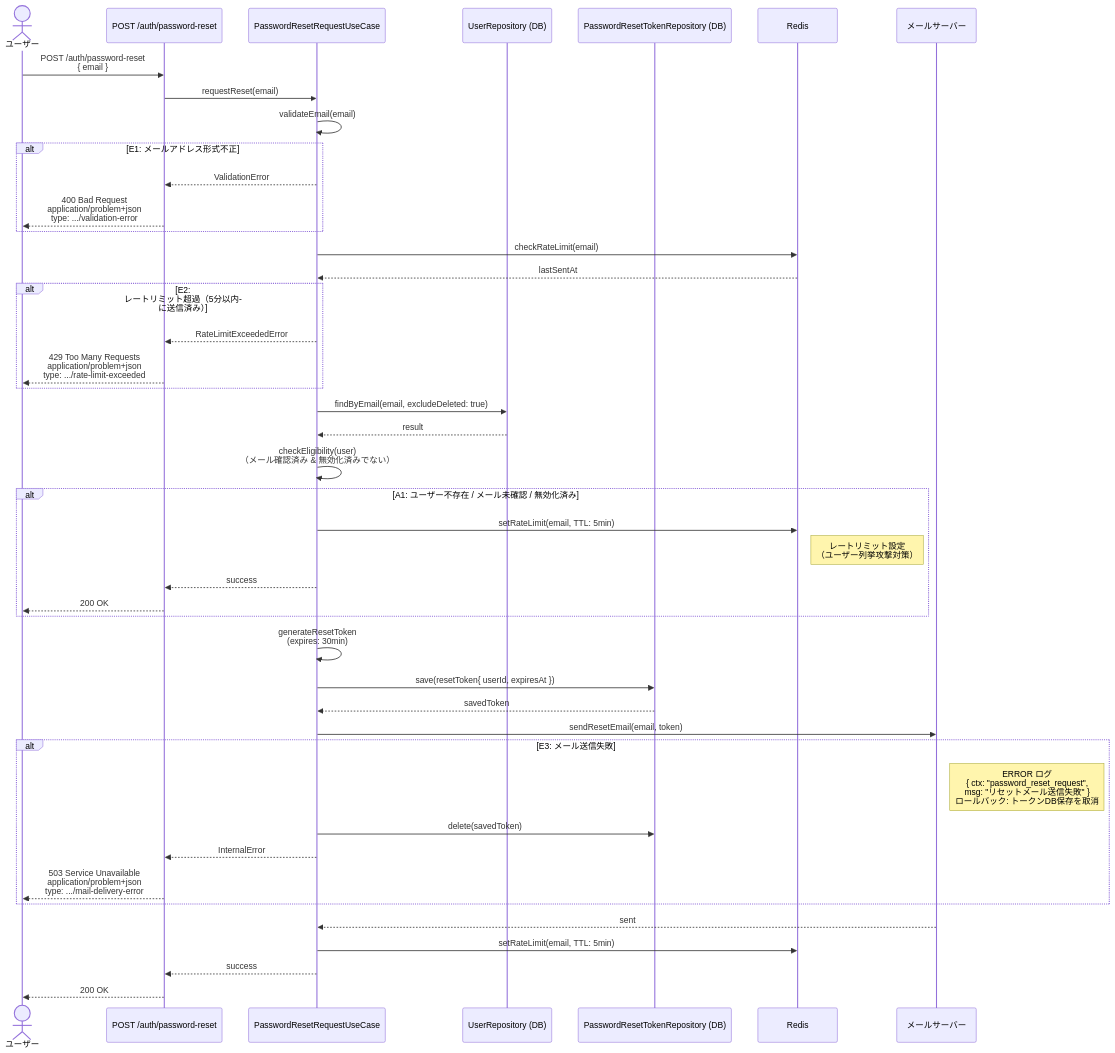
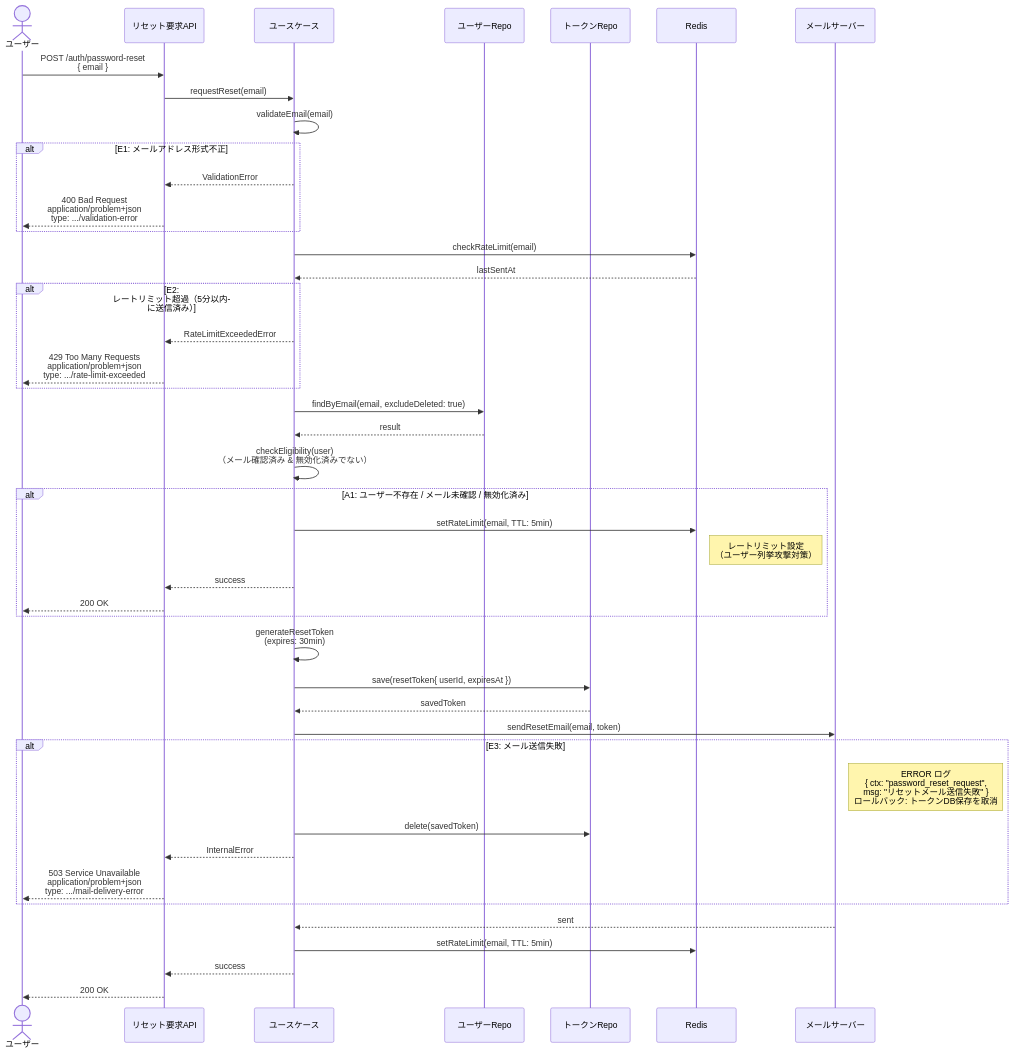
One commit to suunet/POC_HYDRA_AUTH changed the second of 3 diagrams in .docs/design/buc/BUC-U07.md. Above: the diagram before and after it, drawn with Mermaid. The commit also changed other lines of this file and 15 other files, not shown here.

````diff
--- a/.docs/design/buc/BUC-U07.md
+++ b/.docs/design/buc/BUC-U07.md
@@ -190,46 +190,46 @@
 ```mermaid
 sequenceDiagram
-  actor ユーザー as ユーザー
-  participant リセット要求API as POST /auth/password-reset
-  participant ユースケース as PasswordResetRequestUseCase
-  participant ユーザーRepo as UserRepository (DB)
-  participant トークンRepo as PasswordResetTokenRepository (DB)
+  actor User as ユーザー
+  participant ResetRequestAPI as リセット要求API
+  participant UseCase as ユースケース
+  participant UserRepo as ユーザーRepo
+  participant ResetRepo as トークンRepo
   participant Redis as Redis
-  participant メールサーバー as メールサーバー
-  ユーザー->>リセット要求API: POST /auth/password-reset<br/>{ email }
-  リセット要求API->>ユースケース: requestReset(email)
-  ユースケース->>ユースケース: validateEmail(email)
+  participant MailServer as メールサーバー
+  User->>ResetRequestAPI: POST /auth/password-reset<br/>{ email }
+  ResetRequestAPI->>UseCase: requestReset(email)
+  UseCase->>UseCase: validateEmail(email)
   alt E1: メールアドレス形式不正
-  ユースケース-->>リセット要求API: ValidationError
-  リセット要求API-->>ユーザー: 400 Bad Request<br/>application/problem+json<br/>type: .../validation-error
+  UseCase-->>ResetRequestAPI: ValidationError
+  ResetRequestAPI-->>User: 400 Bad Request<br/>application/problem+json<br/>type: .../validation-error
   end
-  ユースケース->>Redis: checkRateLimit(email)
-  Redis-->>ユースケース: lastSentAt
+  UseCase->>Redis: checkRateLimit(email)
+  Redis-->>UseCase: lastSentAt
   alt E2: レートリミット超過（5分以内に送信済み）
-  ユースケース-->>リセット要求API: RateLimitExceededError
-  リセット要求API-->>ユーザー: 429 Too Many Requests<br/>application/problem+json<br/>type: .../rate-limit-exceeded
+  UseCase-->>ResetRequestAPI: RateLimitExceededError
+  ResetRequestAPI-->>User: 429 Too Many Requests<br/>application/problem+json<br/>type: .../rate-limit-exceeded
   end
-  ユースケース->>ユーザーRepo: findByEmail(email, excludeDeleted: true)
-  ユーザーRepo-->>ユースケース: result
-  ユースケース->>ユースケース: checkEligibility(user)<br/>（メール確認済み & 無効化済みでない）
+  UseCase->>UserRepo: findByEmail(email, excludeDeleted: true)
+  UserRepo-->>UseCase: result
+  UseCase->>UseCase: checkEligibility(user)<br/>（メール確認済み & 無効化済みでない）
   alt A1: ユーザー不存在 / メール未確認 / 無効化済み
-  ユースケース->>Redis: setRateLimit(email, TTL: 5min)
+  UseCase->>Redis: setRateLimit(email, TTL: 5min)
   Note right of Redis: レートリミット設定<br/>（ユーザー列挙攻撃対策）
-  ユースケース-->>リセット要求API: success
-  リセット要求API-->>ユーザー: 200 OK
+  UseCase-->>ResetRequestAPI: success
+  ResetRequestAPI-->>User: 200 OK
   end
-  ユースケース->>ユースケース: generateResetToken<br/>(expires: 30min)
-  ユースケース->>トークンRepo: save(resetToken{ userId, expiresAt })
-  トークンRepo-->>ユースケース: savedToken
-  ユースケース->>メールサーバー: sendResetEmail(email, token)
+  UseCase->>UseCase: generateResetToken<br/>(expires: 30min)
+  UseCase->>ResetRepo: save(resetToken{ userId, expiresAt })
+  ResetRepo-->>UseCase: savedToken
+  UseCase->>MailServer: sendResetEmail(email, token)
   alt E3: メール送信失敗
-  Note right of メールサーバー: ERROR ログ<br/>{ ctx: "password_reset_request",<br/>msg: "リセットメール送信失敗" }<br/>ロールバック: トークンDB保存を取消
-  ユースケース->>トークンRepo: delete(savedToken)
-  ユースケース-->>リセット要求API: InternalError
-  リセット要求API-->>ユーザー: 503 Service Unavailable<br/>application/problem+json<br/>type: .../mail-delivery-error
+  Note right of MailServer: ERROR ログ<br/>{ ctx: "password_reset_request",<br/>msg: "リセットメール送信失敗" }<br/>ロールバック: トークンDB保存を取消
+  UseCase->>ResetRepo: delete(savedToken)
+  UseCase-->>ResetRequestAPI: InternalError
+  ResetRequestAPI-->>User: 503 Service Unavailable<br/>application/problem+json<br/>type: .../mail-delivery-error
   end
-  メールサーバー-->>ユースケース: sent
-  ユースケース->>Redis: setRateLimit(email, TTL: 5min)
-  ユースケース-->>リセット要求API: success
-  リセット要求API-->>ユーザー: 200 OK
+  MailServer-->>UseCase: sent
+  UseCase->>Redis: setRateLimit(email, TTL: 5min)
+  UseCase-->>ResetRequestAPI: success
+  ResetRequestAPI-->>User: 200 OK
 ```
````
